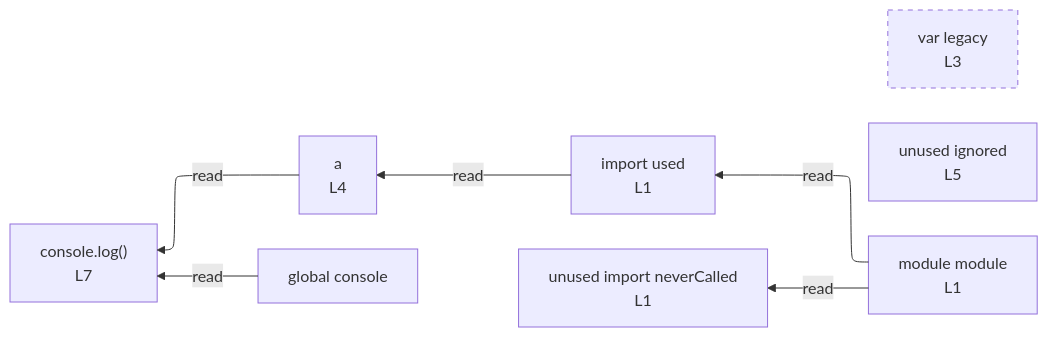
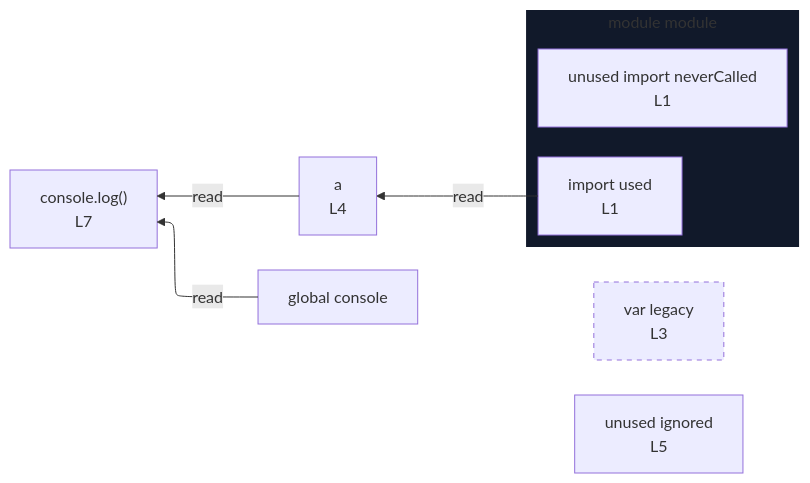
Before and after one commit to crescware/unsnarl: the diagram in integration/fixtures/declaration/mixed/with-unused/preview.md, drawn with Mermaid. The commit also changed 153 other files, not shown here.

First line of the commit message:
Render import sources as module subgraphs instead of module nodes

````diff
--- a/integration/fixtures/declaration/mixed/with-unused/preview.md
+++ b/integration/fixtures/declaration/mixed/with-unused/preview.md
@@ -23,19 +23,21 @@
 ```mermaid
 %%{init: {"flowchart": {"defaultRenderer": "elk"}}}%%
 flowchart RL
-  n_scope_0_used_9["import used<br/>L1"]
-  n_scope_0_neverCalled_15["unused import neverCalled<br/>L1"]
   n_scope_0_legacy_49["var legacy<br/>L3"]
   n_scope_0_a_67["a<br/>L4"]
   n_scope_0_ignored_83["unused ignored<br/>L5"]
   n_scope_0_console_98["global console"]
+  subgraph sg_module["module module"]
+    direction RL
+    n_scope_0_used_9["import used<br/>L1"]
+    n_scope_0_neverCalled_15["unused import neverCalled<br/>L1"]
+  end
   n_scope_0_used_9 -->|read| n_scope_0_a_67
   n_scope_0_console_98 -->|read| expr_stmt_98
   n_scope_0_a_67 -->|read| expr_stmt_98
   expr_stmt_98["console.log()<br/>L7"]
-  mod_module["module module<br/>L1"]
-  mod_module -->|read| n_scope_0_used_9
-  mod_module -->|read| n_scope_0_neverCalled_15
   classDef varNode stroke-dasharray:5 5;
   class n_scope_0_legacy_49 varNode;
+  classDef nestL1 fill:#11192a,stroke:transparent;
+  class sg_module nestL1;
 ```
````
